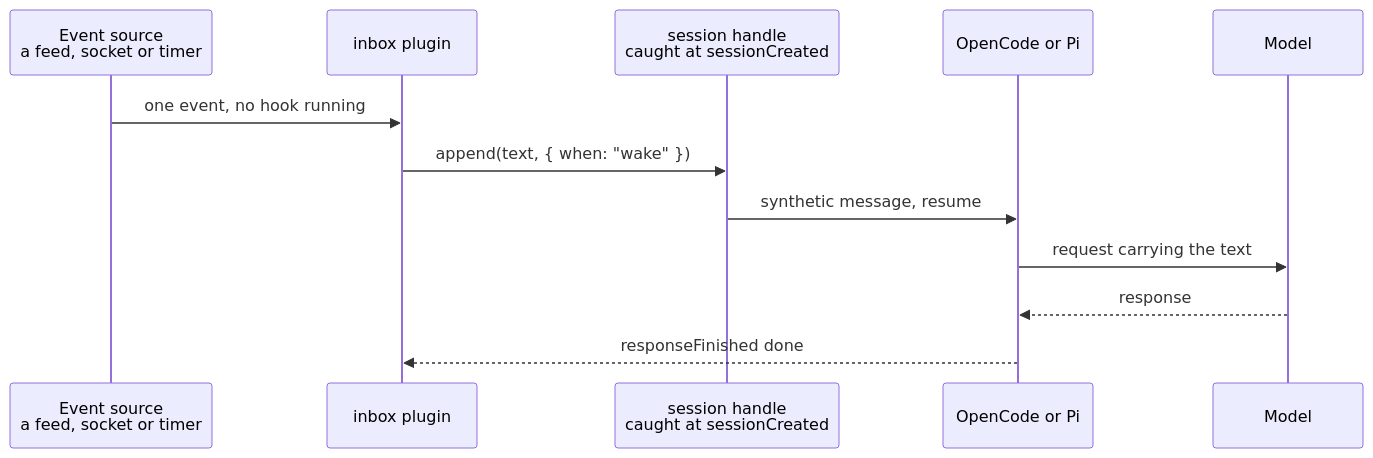
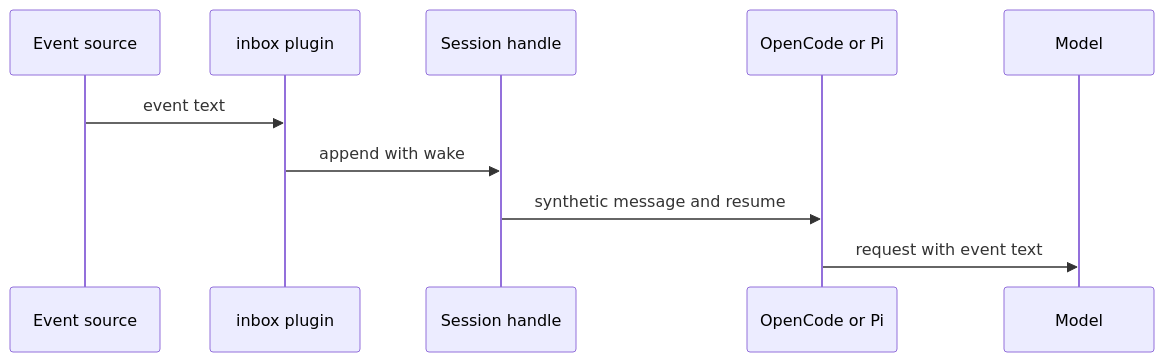
One commit to wrkhse/tack changed the diagram in docs/plans/slices/t2.md. Above: the diagram before and after it, drawn with Mermaid. The commit also changed other lines of this file and 5 other files, not shown here.

````diff
--- a/docs/plans/slices/t2.md
+++ b/docs/plans/slices/t2.md
@@ -76,14 +32,12 @@
 ```mermaid
 sequenceDiagram
-    participant E as Event source<br/>a feed, socket or timer
+    participant E as Event source
     participant P as inbox plugin
-    participant H as session handle<br/>caught at sessionCreated
+    participant S as Session handle
     participant A as OpenCode or Pi
     participant M as Model
-    E->>P: one event, no hook running
-    P->>H: append(text, { when: "wake" })
-    H->>A: synthetic message, resume
-    A->>M: request carrying the text
-    M-->>A: response
-    A-->>P: responseFinished done
+    E->>P: event text
+    P->>S: append with wake
+    S->>A: synthetic message and resume
+    A->>M: request with event text
 ```
````
